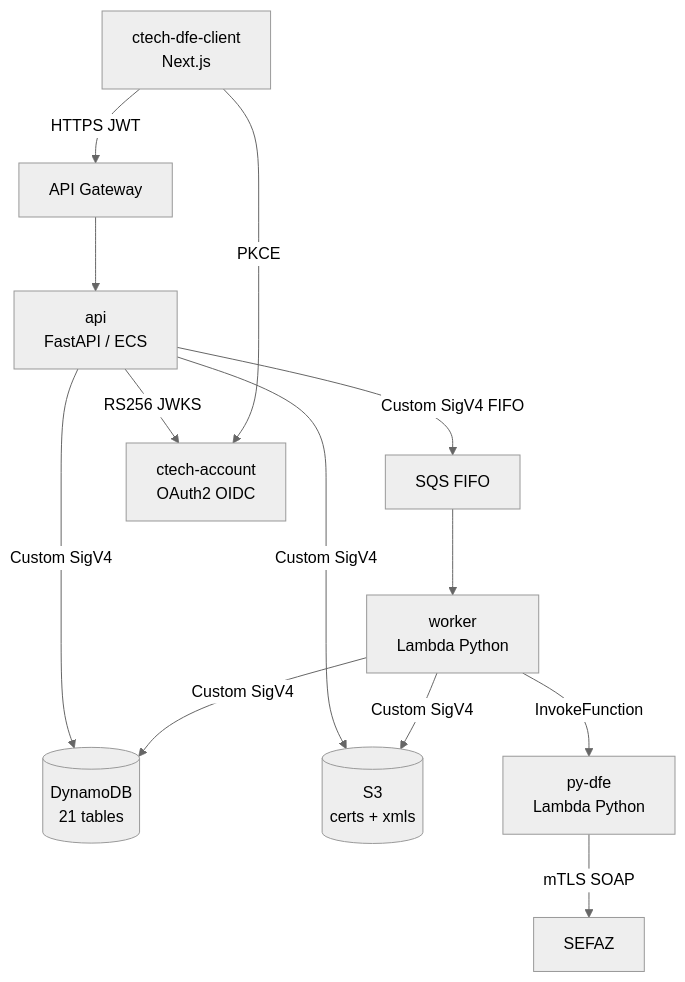
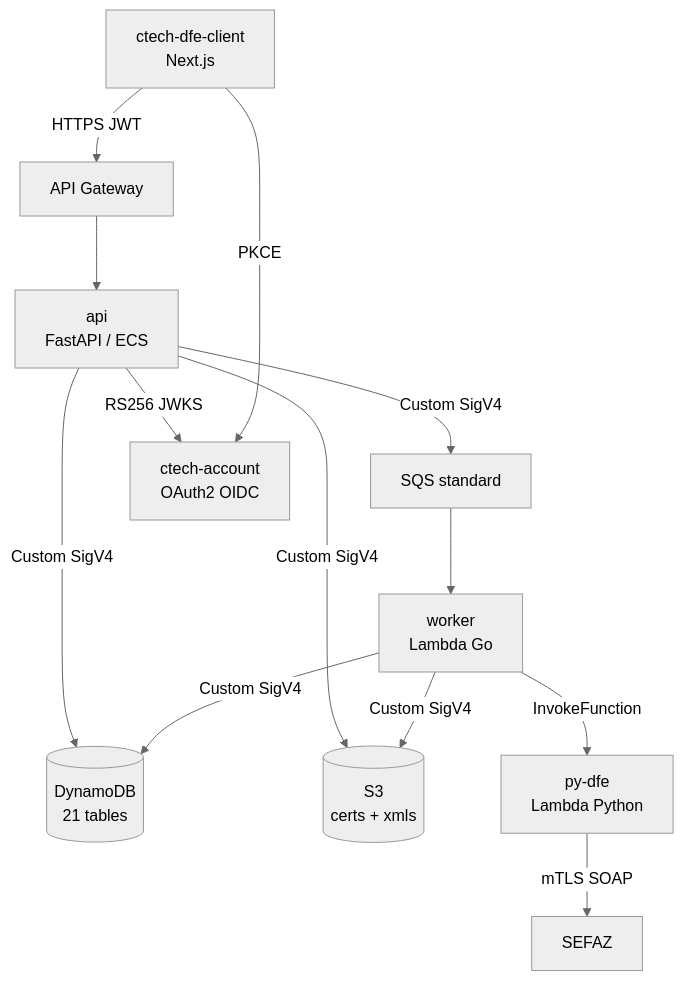
The first of 4 diagrams in MIGRATION.md (artur-oliveira/ctech-dfe), drawn with Mermaid (neutral theme) before and after one commit. The commit also changed other lines of this file and 4 other files, not shown here.

````diff
--- a/MIGRATION.md
+++ b/MIGRATION.md
@@ -213,15 +218,15 @@
 ```mermaid
 graph TD
     Client[ctech-dfe-client\nNext.js] -->|HTTPS JWT| APIGW[API Gateway]
     APIGW --> API[api\nFastAPI / ECS]
     API -->|Custom SigV4| DDB[(DynamoDB\n21 tables)]
     API -->|Custom SigV4| S3[(S3\ncerts + xmls)]
-    API -->|Custom SigV4 FIFO| SQS[SQS FIFO]
-    SQS --> Worker[worker\nLambda Python]
+    API -->|Custom SigV4| SQS[SQS standard]
+    SQS --> Worker[worker\nLambda Go]
     Worker -->|InvokeFunction| PyDfe[py-dfe\nLambda Python]
     PyDfe -->|mTLS SOAP| SEFAZ[SEFAZ]
     Worker -->|Custom SigV4| DDB
     Worker -->|Custom SigV4| S3
     API -->|RS256 JWKS| CTA[ctech-account\nOAuth2 OIDC]
     Client -->|PKCE| CTA
 ```
````
